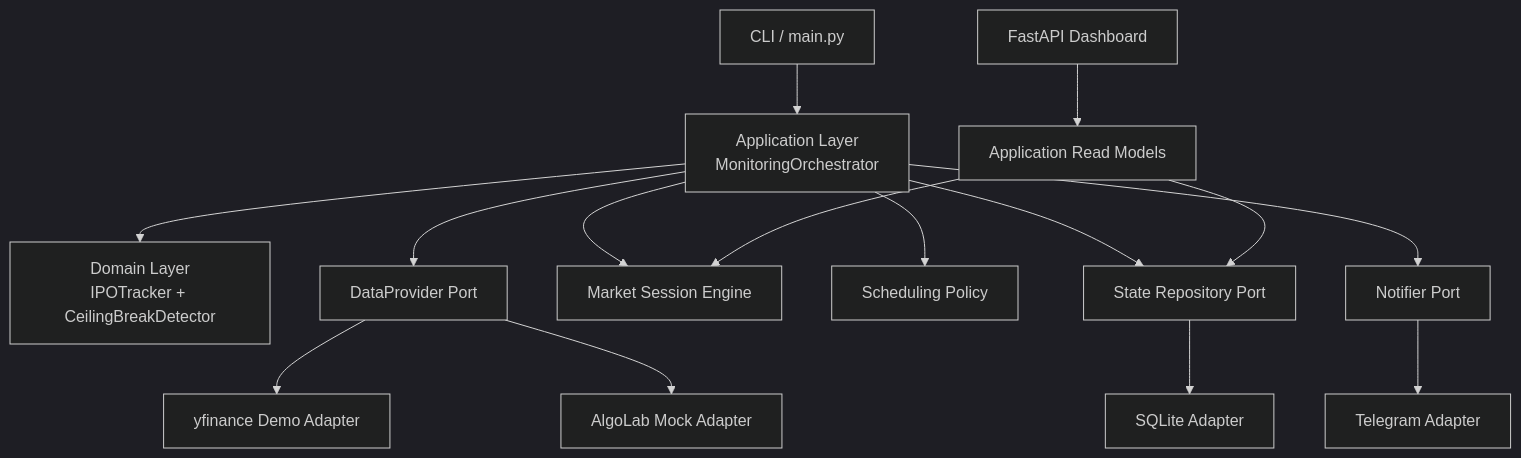
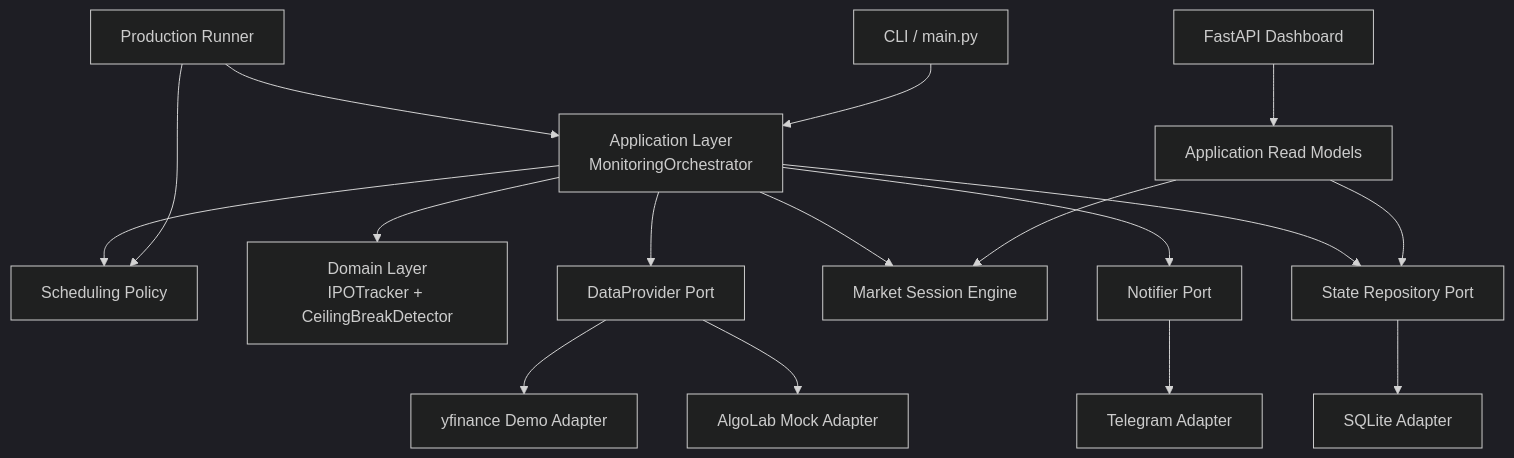
One commit to emreturgayie/bist-market-monitor changed the first of 2 diagrams in README.md. Above: the diagram before and after it, drawn with Mermaid (dark theme). The commit also changed other lines of this file and 20 other files, not shown here.

Commit message:
feat: add production monitoring runner

````diff
--- a/README.md
+++ b/README.md
@@ -63,17 +64,19 @@
 ```mermaid
 flowchart TD
     CLI["CLI / main.py"] --> App["Application Layer<br/>MonitoringOrchestrator"]
+    Runner["Production Runner"] --> App
+    Runner --> Scheduler
     Dashboard["FastAPI Dashboard"] --> AppRead["Application Read Models"]
     App --> Domain["Domain Layer<br/>IPOTracker + CeilingBreakDetector"]
     AppRead --> RepoPort
     AppRead --> Market
     App --> Market["Market Session Engine"]
     App --> Scheduler["Scheduling Policy"]
     App --> ProviderPort["DataProvider Port"]
     App --> RepoPort["State Repository Port"]
     App --> NotifyPort["Notifier Port"]
     ProviderPort --> YF["yfinance Demo Adapter"]
     ProviderPort --> AlgoLabMock["AlgoLab Mock Adapter"]
     RepoPort --> SQLite["SQLite Adapter"]
     NotifyPort --> Telegram["Telegram Adapter"]
 ```
````
